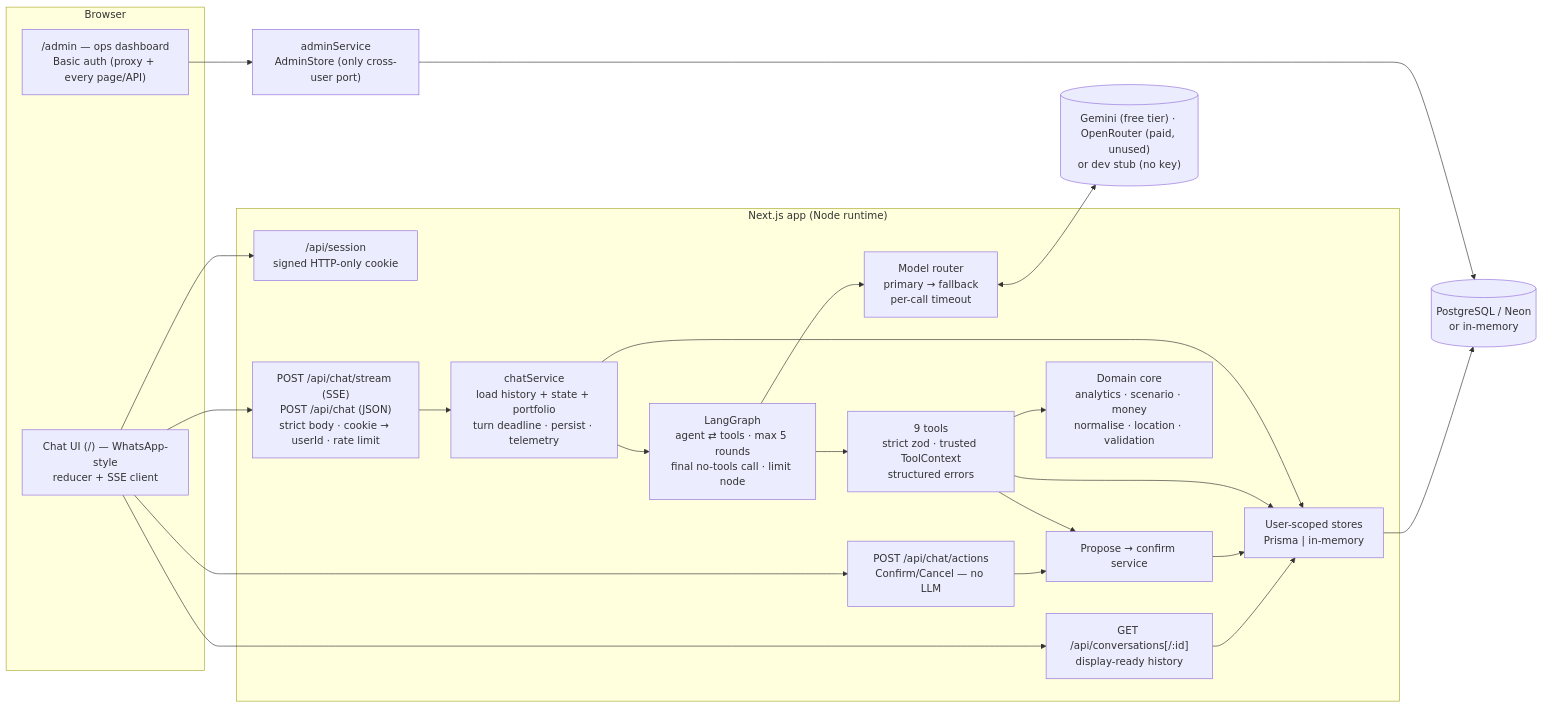
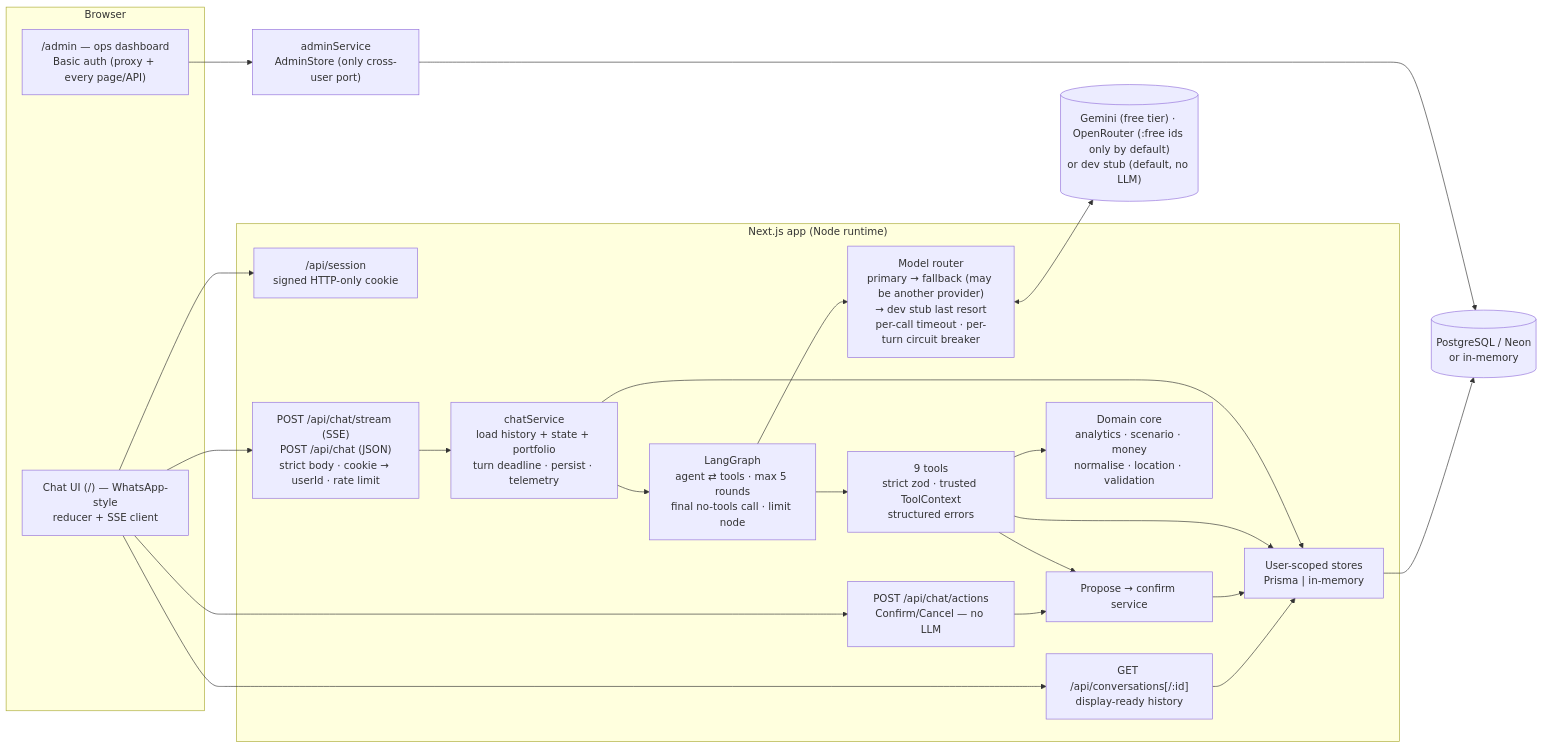
The first of 2 diagrams in docs/architecture.md (Vivek24051/ai-portfolio-analyst), drawn with Mermaid before and after one commit. The commit also changed other lines of this file and 7 other files, not shown here.

````diff
--- a/docs/architecture.md
+++ b/docs/architecture.md
@@ -5,35 +5,35 @@
 ```mermaid
 flowchart LR
   subgraph Browser
     Chat["Chat UI (/) — WhatsApp-style<br/>reducer + SSE client"]
     Admin["/admin — ops dashboard<br/>Basic auth (proxy + every page/API)"]
   end
 
   subgraph Next["Next.js app (Node runtime)"]
     Session["/api/session<br/>signed HTTP-only cookie"]
     API["POST /api/chat/stream (SSE)<br/>POST /api/chat (JSON)<br/>strict body · cookie → userId · rate limit"]
     Hist["GET /api/conversations[/:id]<br/>display-ready history"]
     Btn["POST /api/chat/actions<br/>Confirm/Cancel — no LLM"]
     Svc["chatService<br/>load history + state + portfolio<br/>turn deadline · persist · telemetry"]
     Graph["LangGraph<br/>agent ⇄ tools · max 5 rounds<br/>final no-tools call · limit node"]
-    Router["Model router<br/>primary → fallback<br/>per-call timeout"]
+    Router["Model router<br/>primary → fallback (may be another provider)<br/>→ dev stub last resort<br/>per-call timeout · per-turn circuit breaker"]
     Tools["9 tools<br/>strict zod · trusted ToolContext<br/>structured errors"]
     Domain["Domain core<br/>analytics · scenario · money<br/>normalise · location · validation"]
     Actions["Propose → confirm service"]
     Stores["User-scoped stores<br/>Prisma | in-memory"]
   end
 
-  LLM[("Gemini (free tier) · OpenRouter (paid, unused)<br/>or dev stub (no key)")]
+  LLM[("Gemini (free tier) · OpenRouter (:free ids only by default)<br/>or dev stub (default, no LLM)")]
   DB[("PostgreSQL / Neon<br/>or in-memory")]
 
   Chat --> Session
   Chat --> API --> Svc --> Graph
   Chat --> Hist --> Stores
   Chat --> Btn --> Actions
   Graph --> Router <--> LLM
   Graph --> Tools --> Domain
   Tools --> Actions --> Stores
   Tools --> Stores
   Svc --> Stores --> DB
   Admin --> AdminSvc["adminService<br/>AdminStore (only cross-user port)"] --> DB
 ```
````
